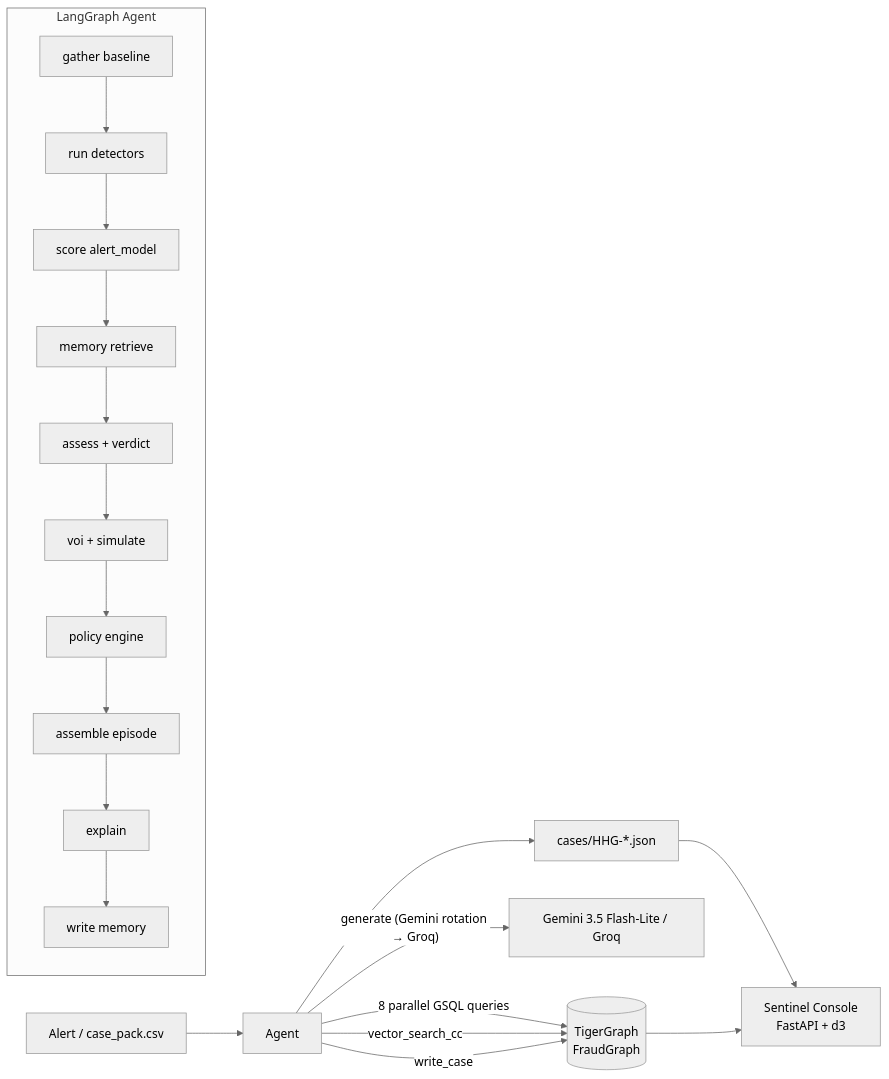
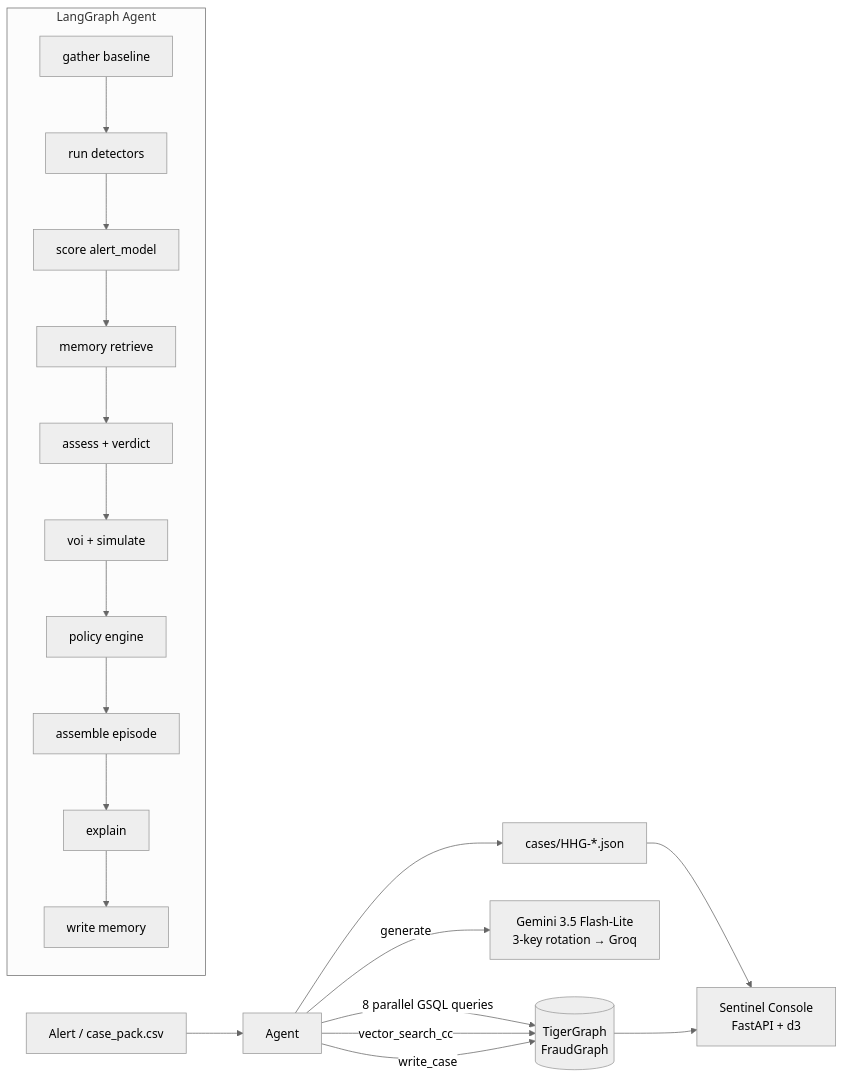
The diagram in README.md (v4xsh/sentinel), drawn with Mermaid (neutral theme) before and after one commit. The commit also changed other lines of this file and 3 other files, not shown here.

````diff
--- a/README.md
+++ b/README.md
@@ -32,24 +41,24 @@
 ```mermaid
 flowchart LR
   Alert[Alert / case_pack.csv] --> Agent
   subgraph LangGraph Agent
     A1[gather baseline]
     A2[run detectors]
     A3[score alert_model]
     A4[memory retrieve]
     A5[assess + verdict]
     A6[voi + simulate]
     A7[policy engine]
     A8[assemble episode]
     A9[explain]
     A10[write memory]
     A1 --> A2 --> A3 --> A4 --> A5 --> A6 --> A7 --> A8 --> A9 --> A10
   end
   Agent -- 8 parallel GSQL queries --> TG[(TigerGraph<br/>FraudGraph)]
   Agent -- vector_search_cc --> TG
   Agent -- write_case --> TG
-  Agent -- generate (Gemini rotation → Groq) --> LLM[Gemini 3.5 Flash-Lite / Groq]
+  Agent -- generate --> LLM[Gemini 3.5 Flash-Lite<br/>3-key rotation → Groq]
   Agent --> Answer[cases/HHG-*.json]
   Answer --> UI[Sentinel Console<br/>FastAPI + d3]
   TG --> UI
 ```
````
